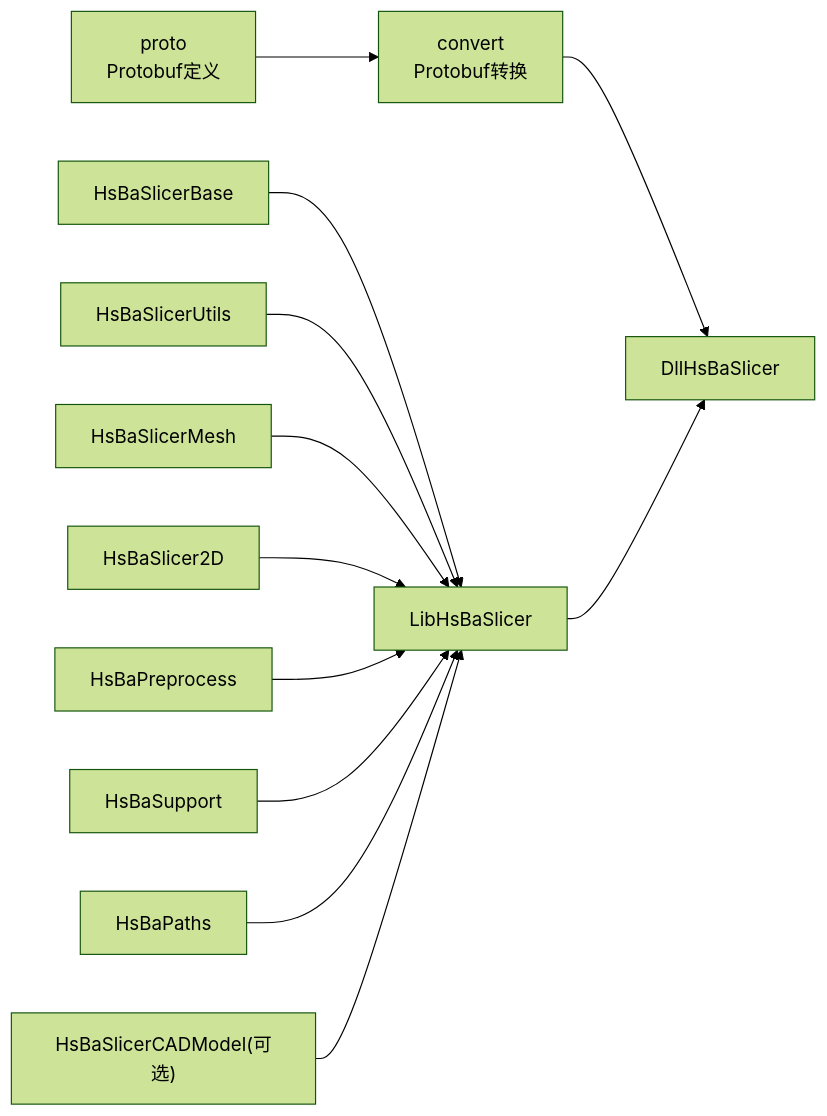
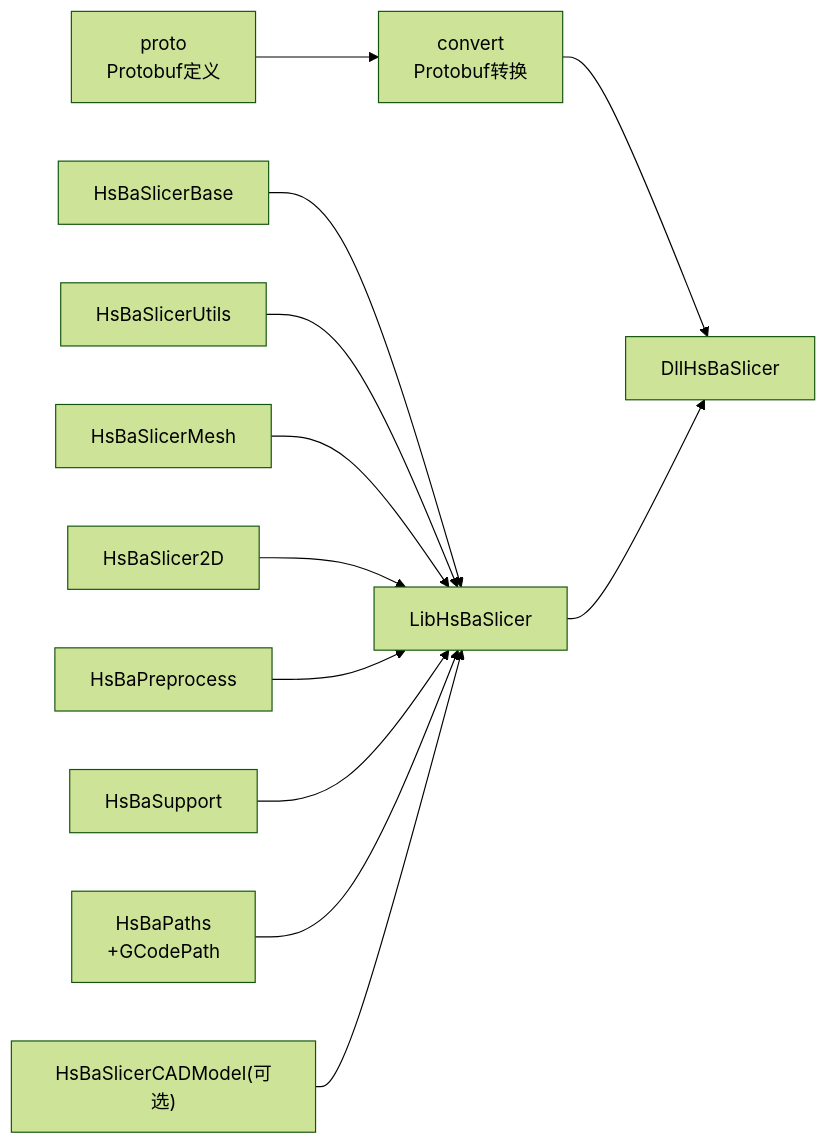
Before and after one commit to hsmbanlance/HsBaSlicer: diagram 11 of 11 in .qoder/repowiki/zh/content/核心模块详解/FDM打印流水线.md, drawn with Mermaid (forest theme). The commit also changed other lines of this file and 9 other files, not shown here.

````diff
--- a/.qoder/repowiki/zh/content/核心模块详解/FDM打印流水线.md
+++ b/.qoder/repowiki/zh/content/核心模块详解/FDM打印流水线.md
@@ -486,14 +579,14 @@
 ```mermaid
 graph LR
 Base["HsBaSlicerBase"] --> Lib["LibHsBaSlicer"]
 Utils["HsBaSlicerUtils"] --> Lib
 Mesh["HsBaSlicerMesh"] --> Lib
 TwoD["HsBaSlicer2D"] --> Lib
 Pre["HsBaPreprocess"] --> Lib
 Sup["HsBaSupport"] --> Lib
-Paths["HsBaPaths"] --> Lib
+Paths["HsBaPaths<br/>+GCodePath"] --> Lib
 CAD["HsBaSlicerCADModel(可选)"] --> Lib
 Convert["convert<br/>Protobuf转换"] --> Dll["DllHsBaSlicer"]
 Proto["proto<br/>Protobuf定义"] --> Convert
 Lib --> Dll
 ```
````
